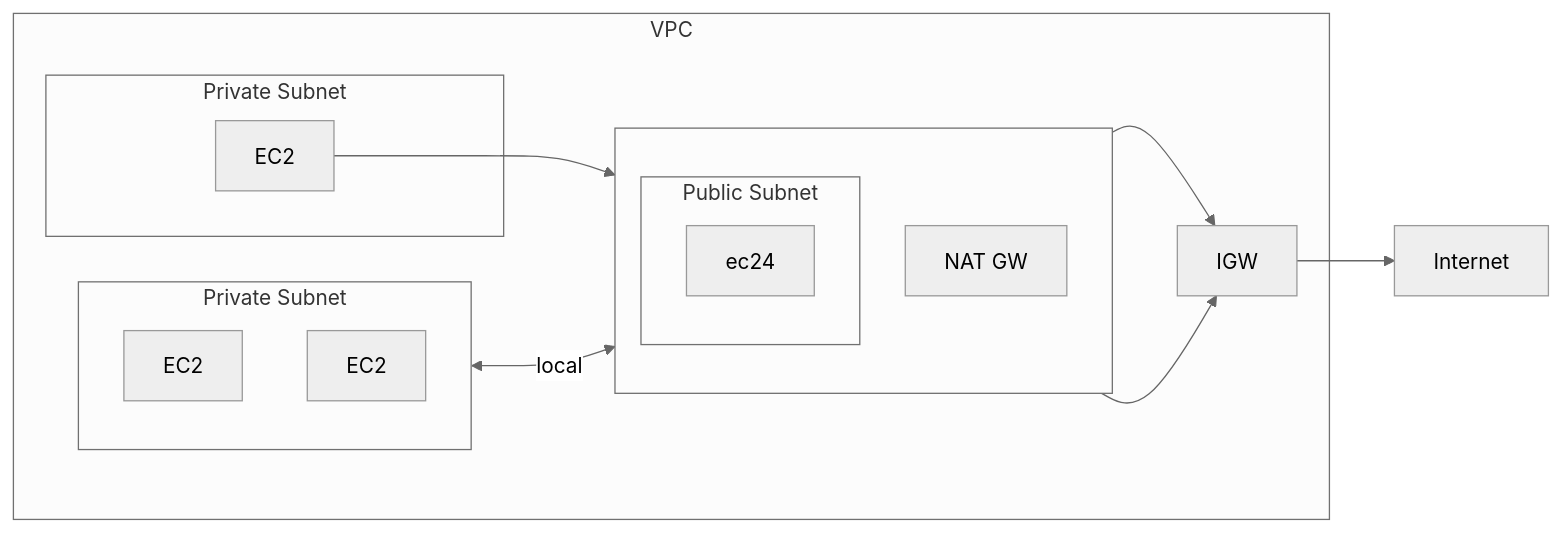
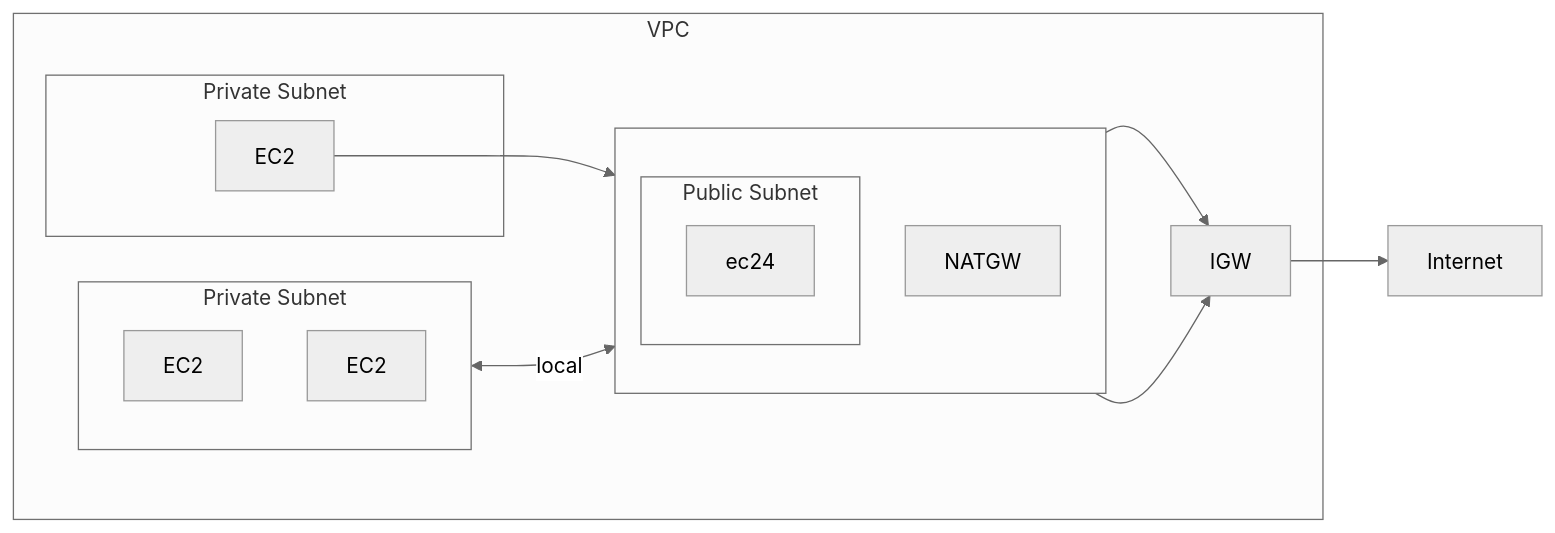
The third of 7 diagrams in aws/VPC.md (cool21540125/documentation-notes), drawn with Mermaid (neutral theme) before and after one commit. The commit also changed other lines of this file and 24 other files, not shown here.

````diff
--- a/aws/VPC.md
+++ b/aws/VPC.md
@@ -183,37 +183,37 @@
 ```mermaid
 flowchart LR
 
 ec21["EC2"];
 ec22["EC2"];
 ec23["EC2"];
 
 subgraph VPC
     IGW;
 
     subgraph ps1["Private Subnet"]
         direction TB
         ec21;
         ec22;
     end
 
     subgraph ps2["Private Subnet"]
         ec23;
     end
 
     subgraph  
         direction TB
         subgraph ps3["Public Subnet"]
             ec24;
         end
 
-        natgw["NAT GW"];
+        natgw["NATGW"];
     end
 end
 
 ec21 <-- local --> ec24;
 
 ec23 --> natgw;
 ec24 --> IGW;
 natgw --> IGW;
 IGW --> Internet;
 ```
````
